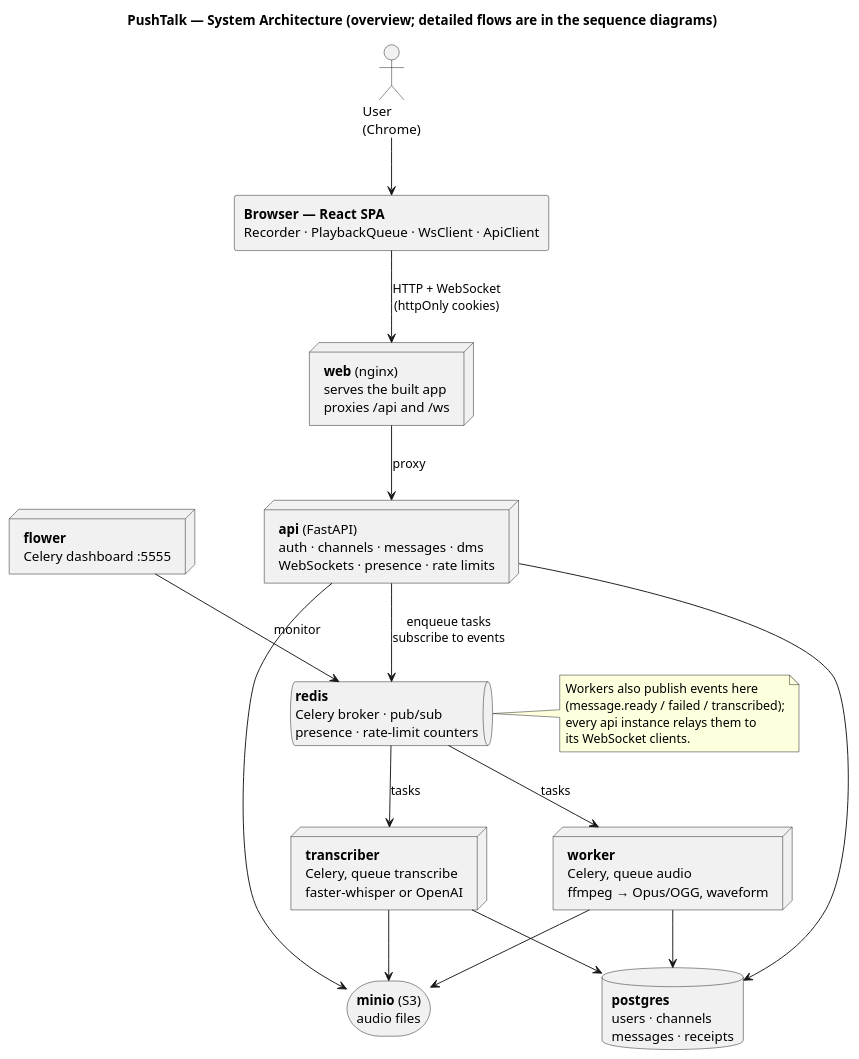
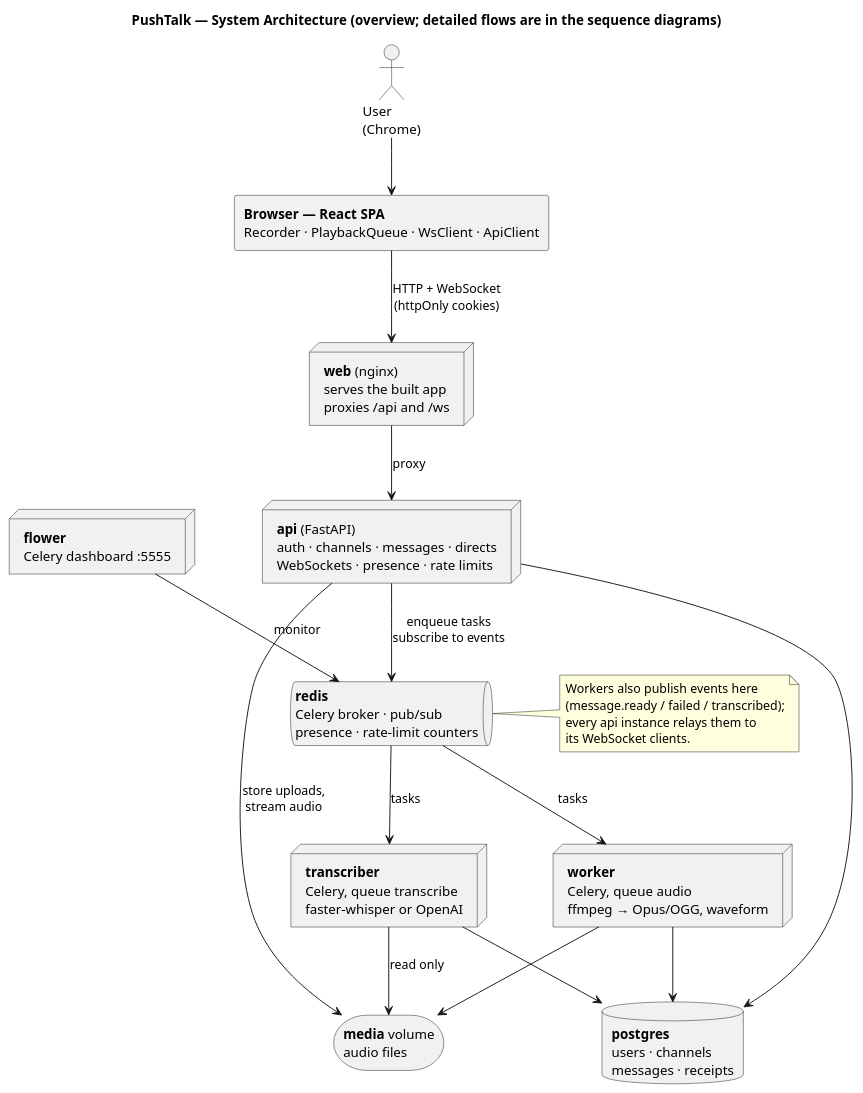
One commit to Salma-Mahmoudd/pushtalk changed the diagram in specs/app-arch/system-architecture.puml. Above: the diagram before and after it, drawn with PlantUML. The commit also changed 21 other files, not shown here.

First line of the commit message:
docs(specs): align plans and diagrams with what was built

```diff
--- a/specs/app-arch/system-architecture.puml
+++ b/specs/app-arch/system-architecture.puml
@@ -1,47 +1,47 @@
 @startuml system-architecture
 title PushTalk — System Architecture (overview; detailed flows are in the sequence diagrams)
 
 skinparam shadowing false
 skinparam defaultFontName Helvetica
 skinparam nodesep 70
 skinparam ranksep 60
 top to bottom direction
 
 actor "User\n(Chrome)" as user
 
 rectangle "**Browser — React SPA**\nRecorder · PlaybackQueue · WsClient · ApiClient" as spa
 
 node "**web** (nginx)\nserves the built app\nproxies /api and /ws" as web
 
-node "**api** (FastAPI)\nauth · channels · messages · dms\nWebSockets · presence · rate limits" as api
+node "**api** (FastAPI)\nauth · channels · messages · directs\nWebSockets · presence · rate limits" as api
 
 queue "**redis**\nCelery broker · pub/sub\npresence · rate-limit counters" as redis
 
 node "**worker**\nCelery, queue audio\nffmpeg → Opus/OGG, waveform" as worker
 node "**transcriber**\nCelery, queue transcribe\nfaster-whisper or OpenAI" as transcriber
 node "**flower**\nCelery dashboard :5555" as flower
 
 database "**postgres**\nusers · channels\nmessages · receipts" as pg
-storage "**minio** (S3)\naudio files" as minio
+storage "**media** volume\naudio files" as media
 
 user --> spa
 spa --> web : HTTP + WebSocket\n(httpOnly cookies)
 web --> api : proxy
 api --> redis : enqueue tasks\nsubscribe to events
 redis --> worker : tasks
 redis --> transcriber : tasks
 flower --> redis : monitor
 api --> pg
-api --> minio
+api --> media : store uploads,\nstream audio
 worker --> pg
-worker --> minio
+worker --> media
 transcriber --> pg
-transcriber --> minio
+transcriber --> media : read only
 
 note right of redis
   Workers also publish events here
   (message.ready / failed / transcribed);
   every api instance relays them to
   its WebSocket clients.
 end note
 @enduml
```
